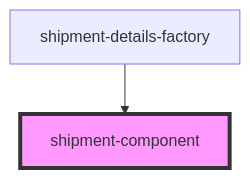
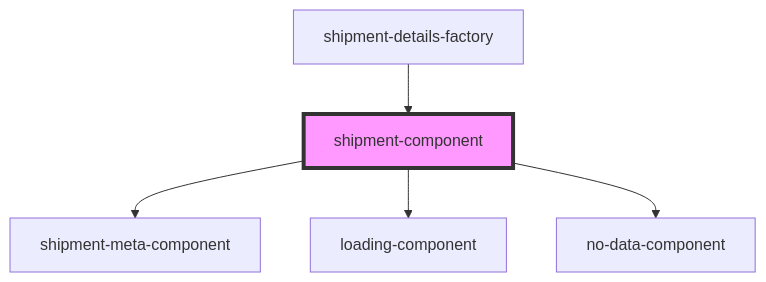
One commit to GoApptiv/bluedart-tracking-web-component changed the diagram in src/presentation/components/shipment/readme.md. Above: the diagram before and after it, drawn with Mermaid. The commit also changed other lines of this file and 18 other files, not shown here.

````diff
--- a/src/presentation/components/shipment/readme.md
+++ b/src/presentation/components/shipment/readme.md
@@ -24,5 +30,8 @@
 ```mermaid
 graph TD;
+  shipment-component --> shipment-meta-component
+  shipment-component --> loading-component
+  shipment-component --> no-data-component
   shipment-details-factory --> shipment-component
   style shipment-component fill:#f9f,stroke:#333,stroke-width:4px
 ```
````
